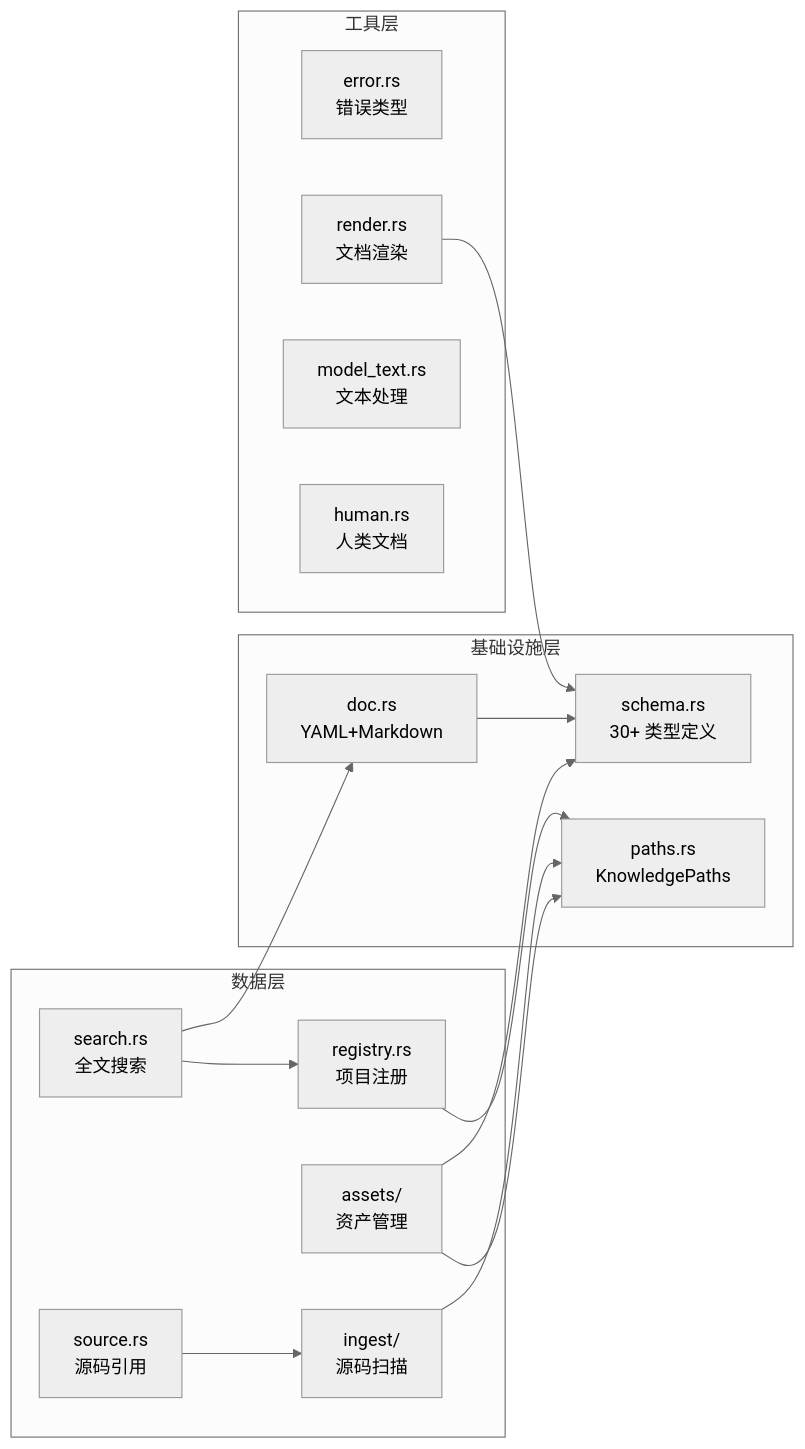
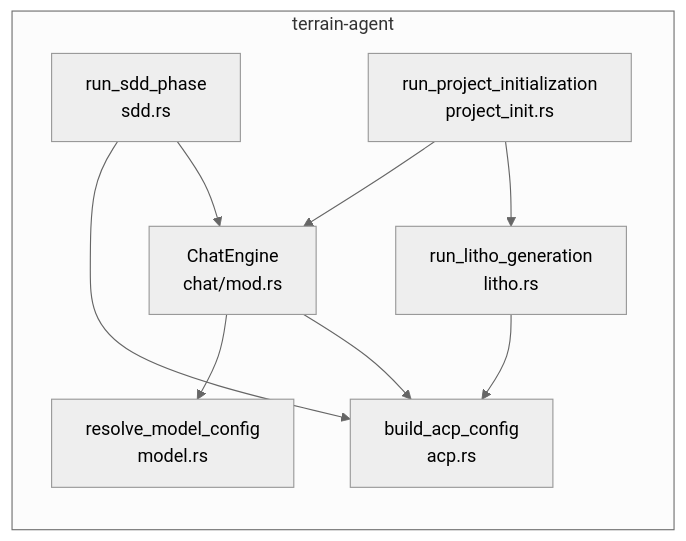
Before and after one commit to sopaco/terrain: the third of 6 diagrams in .terrain/human/2.架构.md, drawn with Mermaid (neutral theme). The commit also changed other lines of this file and 27 other files, not shown here.

````diff
--- a/.terrain/human/2.架构.md
+++ b/.terrain/human/2.架构.md
@@ -159,31 +171,19 @@
 ```mermaid
 graph LR
-    subgraph 基础设施层
-        Schema["schema.rs<br/>30+ 类型定义"]
-        Paths["paths.rs<br/>KnowledgePaths"]
-        Doc["doc.rs<br/>YAML+Markdown"]
-    end
-    subgraph 数据层
-        Assets["assets/<br/>资产管理"]
-        Scan["ingest/<br/>源码扫描"]
-        Search["search.rs<br/>全文搜索"]
-        Source["source.rs<br/>源码引用"]
-        Registry["registry.rs<br/>项目注册"]
-    end
-    subgraph 工具层
-        Error["error.rs<br/>错误类型"]
-        Render["render.rs<br/>文档渲染"]
-        ModelText["model_text.rs<br/>文本处理"]
-        Human["human.rs<br/>人类文档"]
+    subgraph agentOrch["terrain-agent"]
+        CE["ChatEngine<br/>chat/mod.rs"]
+        Litho["run_litho_generation<br/>litho.rs"]
+        SDD["run_sdd_phase<br/>sdd.rs"]
+        Init["run_project_initialization<br/>project_init.rs"]
+        ACP["build_acp_config<br/>acp.rs"]
+        Model["resolve_model_config<br/>model.rs"]
     end
 
-    Assets --> Schema
-    Assets --> Paths
-    Doc --> Schema
-    Search --> Doc
-    Search --> Registry
-    Source --> Scan
-    Scan --> Paths
-    Registry --> Paths
-    Render --> Schema
+  CE --> ACP
+    CE --> Model
+    Litho --> ACP
+    SDD --> CE
+    SDD --> ACP
+    Init --> Litho
+    Init --> CE
 ```
````
